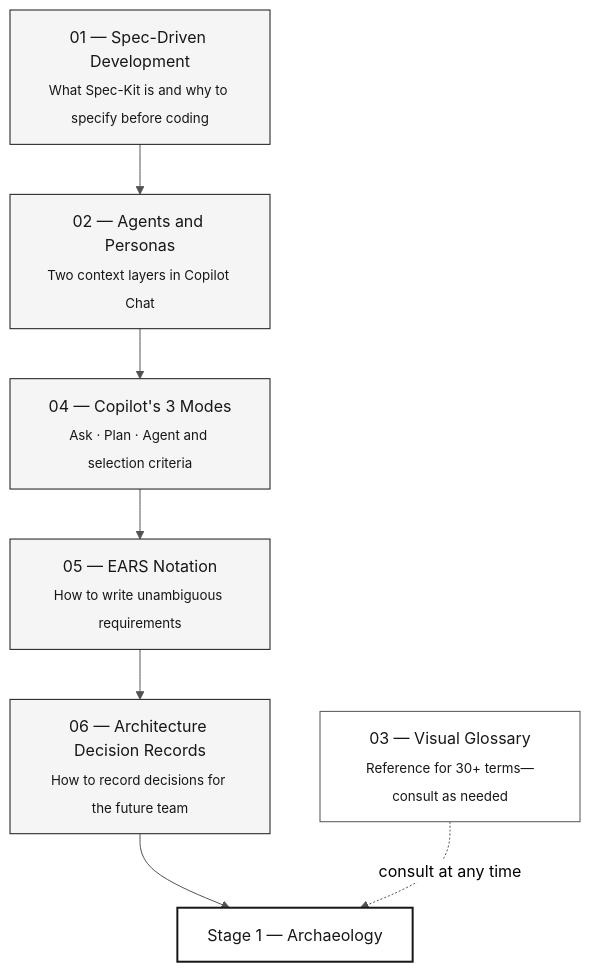
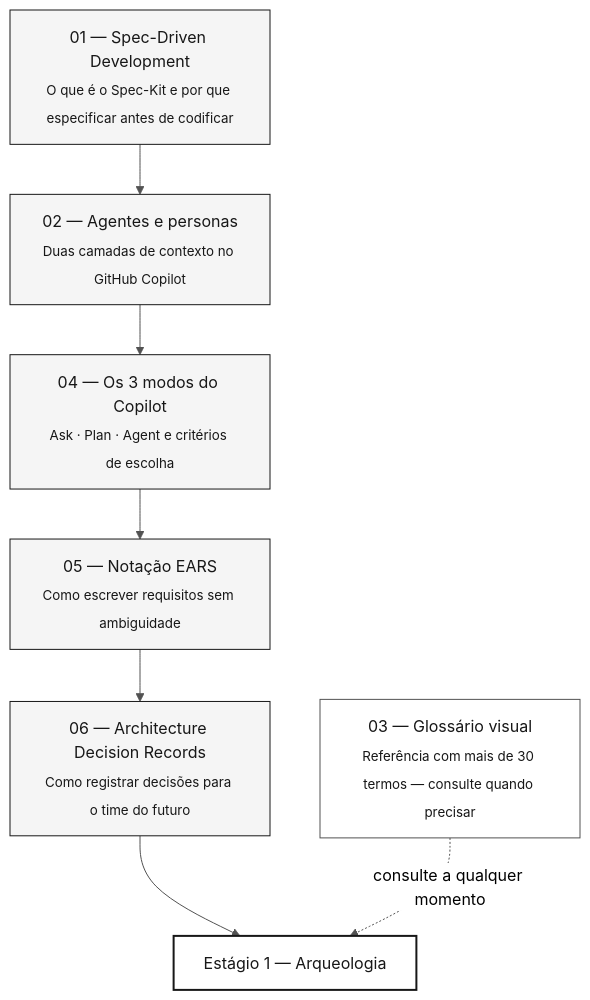
Before and after one commit to paulasilvatech/datacorp-sifap-team-kit-pt-br: the diagram in 07-concepts/00-README.md, drawn with Mermaid. The commit also changed other lines of this file and 361 other files, not shown here.

First line of the commit message:
feat: publish PT-BR team kit

````diff
--- a/07-concepts/00-README.md
+++ b/07-concepts/00-README.md
@@ -32,18 +32,18 @@
 ```mermaid
 %%{init: {'theme':'neutral','themeVariables':{'fontFamily':'ui-sans-serif, system-ui, sans-serif','primaryColor':'#F5F5F5','primaryTextColor':'#171717','primaryBorderColor':'#171717','lineColor':'#525252','secondaryColor':'#FFFFFF','tertiaryColor':'#FAFAFA','background':'#FFFFFF'}}}%%
 flowchart TD
     classDef step fill:#F5F5F5,stroke:#171717,color:#171717
     classDef tool fill:#FFFFFF,stroke:#525252,color:#171717
     classDef result fill:#FFFFFF,stroke:#171717,color:#171717,stroke-width:2px
 
-    A["01 — Spec-Driven Development<br/><sub>What Spec-Kit is and why to specify before coding</sub>"]:::step
-    B["02 — Agents and Personas<br/><sub>Two context layers in Copilot Chat</sub>"]:::step
-    C["04 — Copilot's 3 Modes<br/><sub>Ask · Plan · Agent and selection criteria</sub>"]:::step
-    D["03 — Visual Glossary<br/><sub>Reference for 30+ terms—consult as needed</sub>"]:::tool
-    E["05 — EARS Notation<br/><sub>How to write unambiguous requirements</sub>"]:::step
-    F["06 — Architecture Decision Records<br/><sub>How to record decisions for the future team</sub>"]:::step
-    G["Stage 1 — Archaeology"]:::result
+    A["01 — Spec-Driven Development<br/><sub>O que é o Spec-Kit e por que especificar antes de codificar</sub>"]:::step
+    B["02 — Agentes e personas<br/><sub>Duas camadas de contexto no GitHub Copilot</sub>"]:::step
+    C["04 — Os 3 modos do Copilot<br/><sub>Ask · Plan · Agent e critérios de escolha</sub>"]:::step
+    D["03 — Glossário visual<br/><sub>Referência com mais de 30 termos — consulte quando precisar</sub>"]:::tool
+    E["05 — Notação EARS<br/><sub>Como escrever requisitos sem ambiguidade</sub>"]:::step
+    F["06 — Architecture Decision Records<br/><sub>Como registrar decisões para o time do futuro</sub>"]:::step
+    G["Estágio 1 — Arqueologia"]:::result
 
     A --> B --> C --> E --> F --> G
-    D -. "consult at any time" .-> G
+    D -. "consulte a qualquer momento" .-> G
 ```
````
